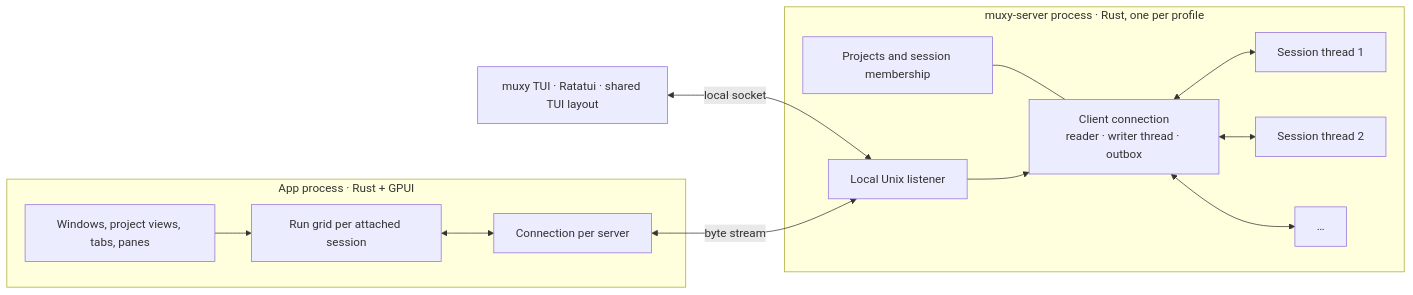
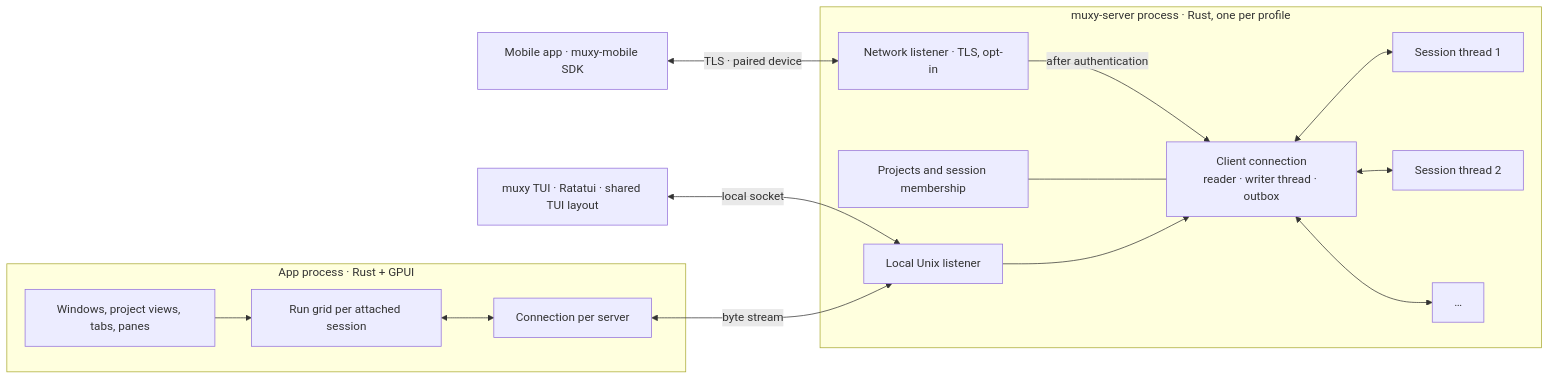
One commit to muxy-app/muxy changed the first of 4 diagrams in docs/tech/architecture.md. Above: the diagram before and after it, drawn with Mermaid. The commit also changed other lines of this file and 113 other files, not shown here.

First line of the commit message:
Add mobile access with QR pairing and the muxy-mobile SDK

````diff
--- a/docs/tech/architecture.md
+++ b/docs/tech/architecture.md
@@ -8,25 +8,28 @@
 ```mermaid
 flowchart LR
     subgraph APP["App process · Rust + GPUI"]
         UI["Windows, project views, tabs, panes"]
         GRID["Run grid per attached session"]
         CONN["Connection per server"]
     end
     subgraph SERVER["muxy-server process · Rust, one per profile"]
         ACCEPT["Local Unix listener"]
+        NETWORK["Network listener · TLS, opt-in"]
         CATALOG["Projects and session membership"]
         CLIENT["Client connection<br/>reader · writer thread · outbox"]
         S1["Session thread 1"]
         S2["Session thread 2"]
         SN["…"]
     end
     TUI["muxy TUI · Ratatui · shared TUI layout"] <-->|"local socket"| ACCEPT
+    PHONE["Mobile app · muxy-mobile SDK"] <-->|"TLS · paired device"| NETWORK
+    NETWORK -->|"after authentication"| CLIENT
     CATALOG --- CLIENT
     UI --> GRID
     GRID <--> CONN
     CONN <-->|"byte stream"| ACCEPT
     ACCEPT --> CLIENT
     CLIENT <--> S1
     CLIENT <--> S2
     CLIENT <--> SN
 ```
````
